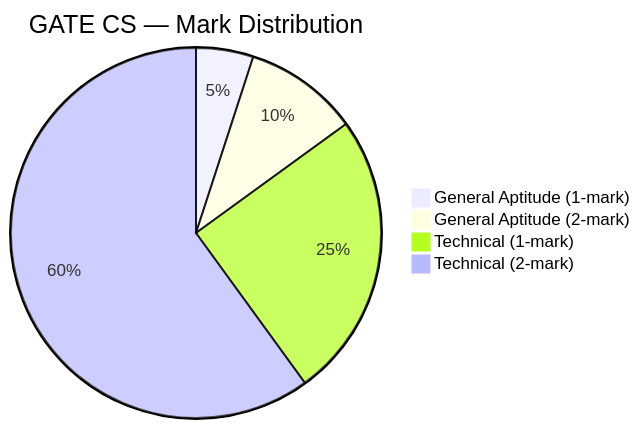
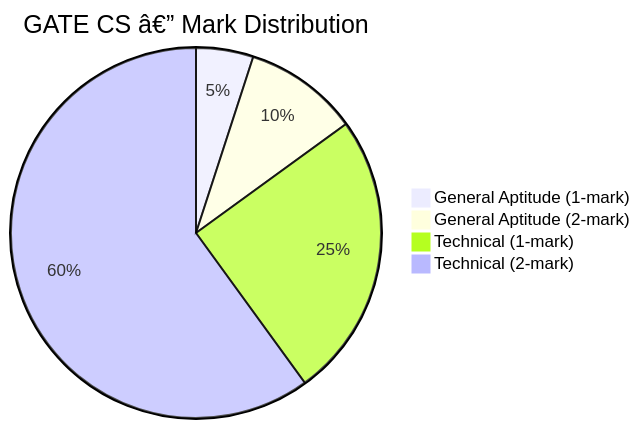
One commit to Raushan666java/ai-engineering-journey changed the diagram in docs/courses/mock-tests/06-gate-cs-mock.md. Above: the diagram before and after it, drawn with Mermaid. The commit also changed other lines of this file and 735 other files, not shown here.

````diff
--- a/docs/courses/mock-tests/06-gate-cs-mock.md
+++ b/docs/courses/mock-tests/06-gate-cs-mock.md
@@ -41,7 +41,7 @@
 ```mermaid
-pie title GATE CS — Mark Distribution
+pie title GATE CS â€” Mark Distribution
     "General Aptitude (1-mark)" : 5
     "General Aptitude (2-mark)" : 10
     "Technical (1-mark)" : 25
     "Technical (2-mark)" : 60
 ```
````
